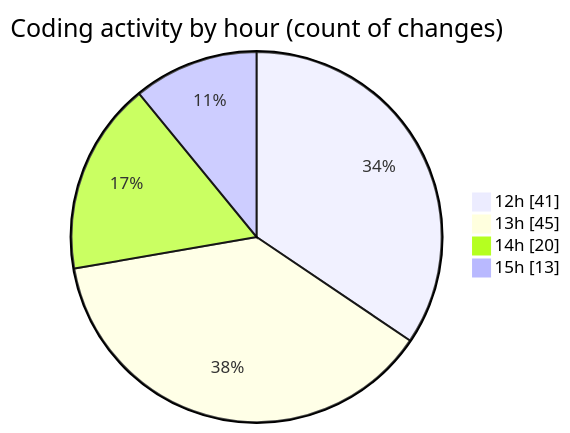
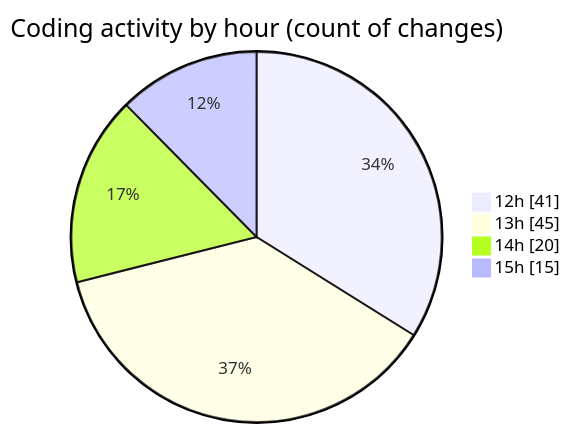
Before and after one commit to momahboobian/code-tracking: the second of 2 diagrams in 2025-12-02/cda/README.md, drawn with Mermaid. The commit also changed other lines of this file and 1 other file, not shown here.

````diff
--- a/2025-12-02/cda/README.md
+++ b/2025-12-02/cda/README.md
@@ -40,8 +40,8 @@
 ```mermaid
 pie showData
 title Coding activity by hour (count of changes)
 "12h" : 41
 "13h" : 45
 "14h" : 20
-"15h" : 13
+"15h" : 15
 ```
````
